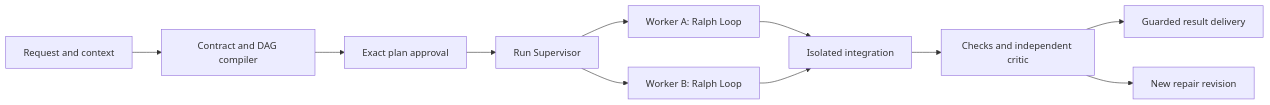
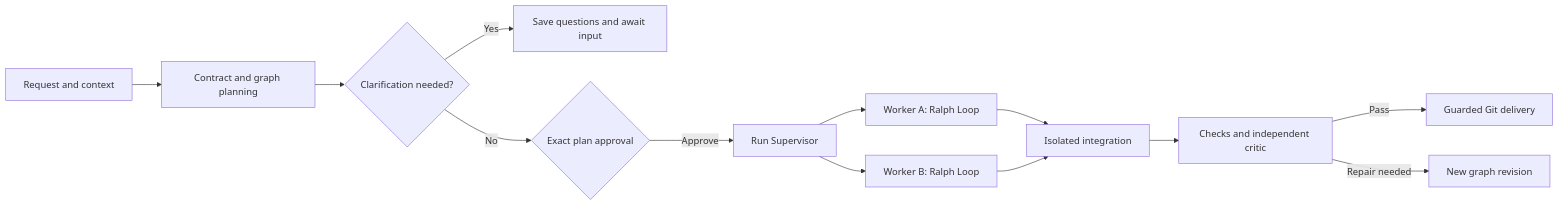
The diagram in README.ko.md (worldclasscitizen/Ralph), drawn with Mermaid before and after one commit. The commit also changed other lines of this file and 1 other file, not shown here.

Commit message:
docs(readme): preserve original presentation for graph-native 0.3

````diff
--- a/README.ko.md
+++ b/README.ko.md
@@ -46,13 +124,15 @@
 ```mermaid
 flowchart LR
-  Intent[Request and context] --> Plan[Contract and DAG compiler]
-  Plan --> Approval[Exact plan approval]
-  Approval --> Schedule[Run Supervisor]
-  Schedule --> A[Worker A: Ralph Loop]
-  Schedule --> B[Worker B: Ralph Loop]
-  A --> Merge[Isolated integration]
-  B --> Merge
-  Merge --> Verify[Checks and independent critic]
-  Verify --> Deliver[Guarded result delivery]
-  Verify --> Revision[New repair revision]
+    A[Request and context] --> B[Contract and graph planning]
+    B --> Q{Clarification needed?}
+    Q -- Yes --> I[Save questions and await input]
+    Q -- No --> C{Exact plan approval}
+    C -- Approve --> S[Run Supervisor]
+    S --> W1[Worker A: Ralph Loop]
+    S --> W2[Worker B: Ralph Loop]
+    W1 --> M[Isolated integration]
+    W2 --> M
+    M --> V[Checks and independent critic]
+    V -- Pass --> D[Guarded Git delivery]
+    V -- Repair needed --> R[New graph revision]
 ```
````
